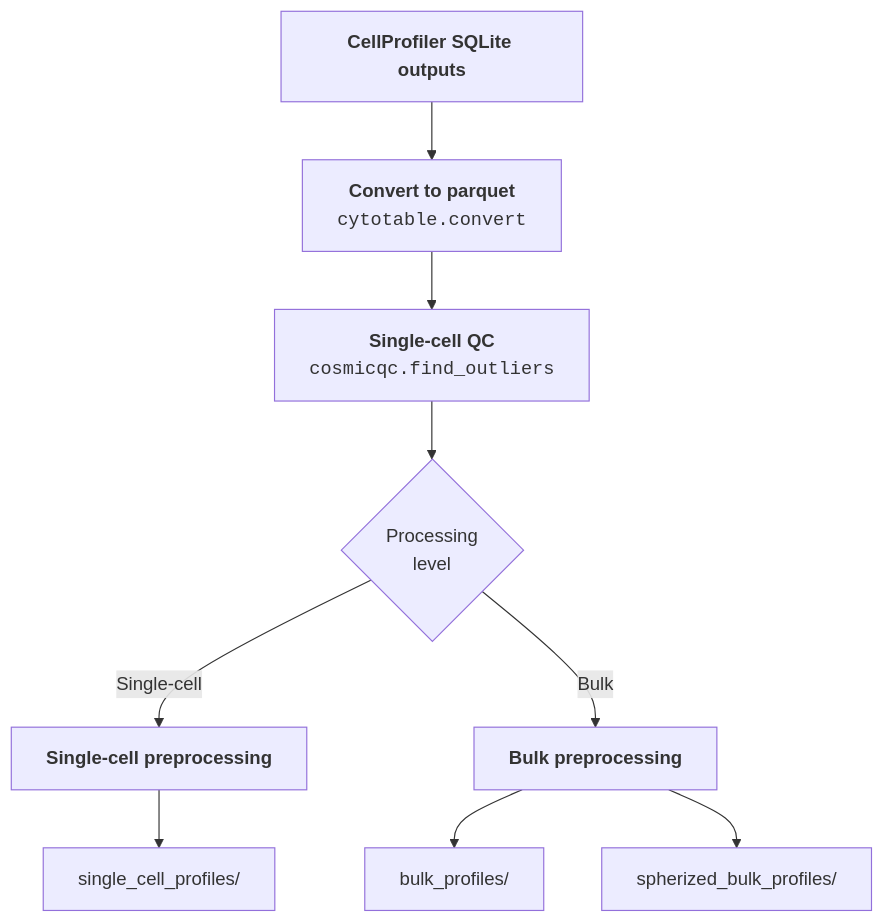
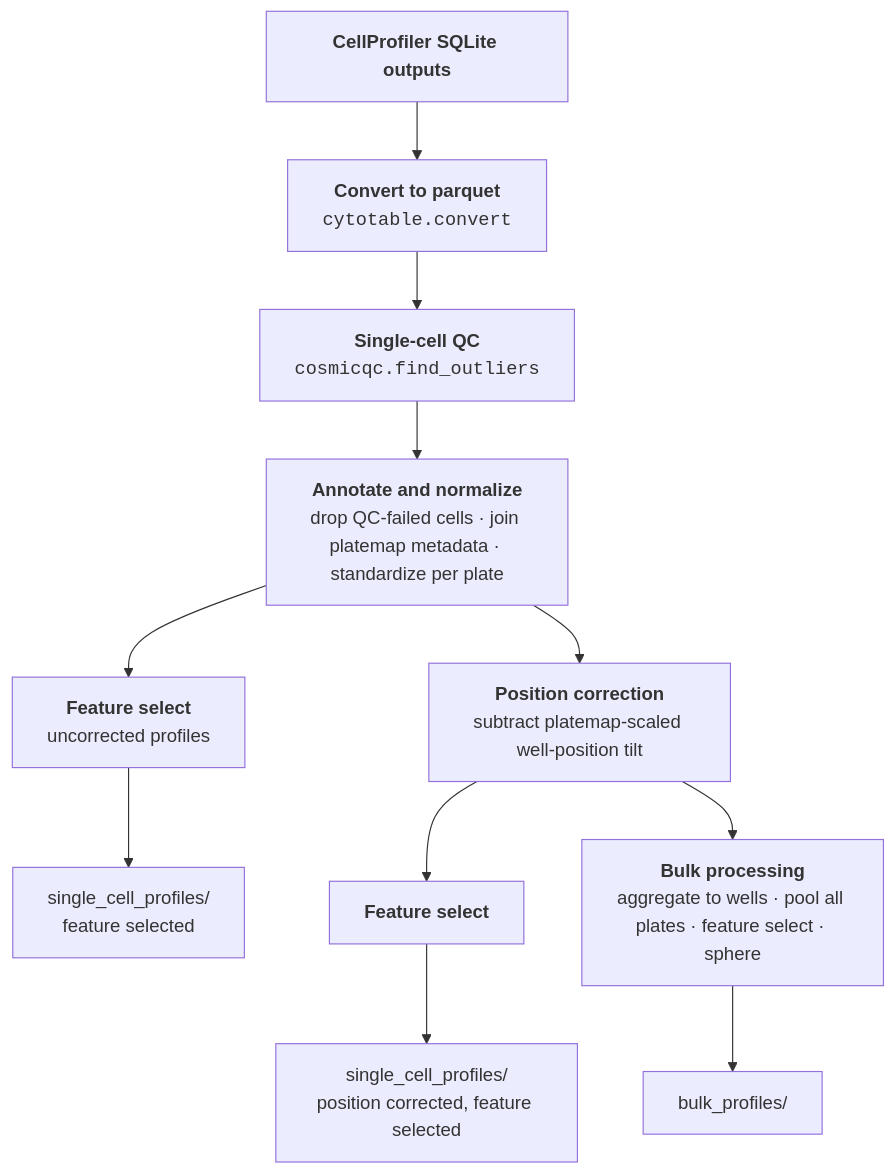
The first of 3 diagrams in 3.image_based_profiling/README.md (WayScience/targeted_fibrosis_drug_screen), drawn with Mermaid before and after one commit. The commit also changed other lines of this file, not shown here.

First line of the commit message:
Update the image-based profiling README to cover all steps

````diff
--- a/3.image_based_profiling/README.md
+++ b/3.image_based_profiling/README.md
@@ -7,11 +7,13 @@
 ```mermaid
 flowchart TD
     A["<b>CellProfiler SQLite outputs</b>"] --> B["<b>Convert to parquet</b><br/><code>cytotable.convert</code>"]
     B --> C["<b>Single-cell QC</b><br/><code>cosmicqc.find_outliers</code>"]
-    C --> D{Processing\nlevel}
-    D -->|Single-cell| E["<b>Single-cell preprocessing</b>"]
-    D -->|Bulk| F["<b>Bulk preprocessing</b>"]
-    E --> G[single_cell_profiles/]
-    F --> H[bulk_profiles/]
-    F --> I[spherized_bulk_profiles/]
+    C --> D["<b>Annotate and normalize</b><br/>drop QC-failed cells · join platemap metadata · standardize per plate"]
+    D --> E["<b>Feature select</b><br/>uncorrected profiles"]
+    E --> F[single_cell_profiles/<br/>feature selected]
+    D --> G["<b>Position correction</b><br/>subtract platemap-scaled well-position tilt"]
+    G --> H["<b>Feature select</b>"]
+    H --> I[single_cell_profiles/<br/>position corrected, feature selected]
+    G --> J["<b>Bulk processing</b><br/>aggregate to wells · pool all plates · feature select · sphere"]
+    J --> K[bulk_profiles/]
 ```
````
